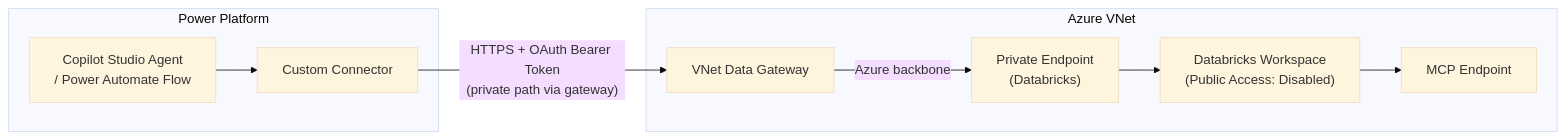
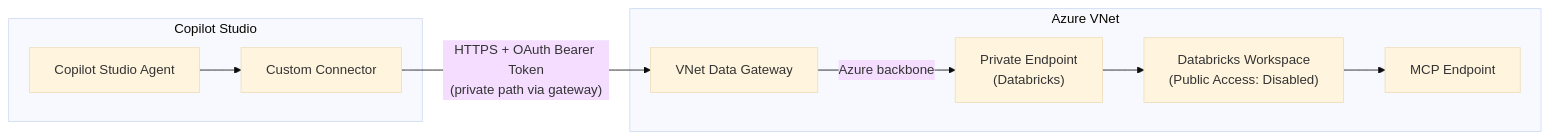
The diagram in docs/20-patterns/connectivity/pattern-private-end-to-end.md (briangre/CopilotStudioVirtualNetworking), drawn with Mermaid (base theme) before and after one commit. The commit also changed other lines of this file and 15 other files, not shown here.

First line of the commit message:
Remove Power Automate/Power Apps references, replace with Copilot Studio agents throughout documentation

````diff
--- a/docs/20-patterns/connectivity/pattern-private-end-to-end.md
+++ b/docs/20-patterns/connectivity/pattern-private-end-to-end.md
@@ -9,18 +9,18 @@
 ```mermaid
 flowchart LR
-    subgraph PowerPlatform["Power Platform"]
-        agent["Copilot Studio Agent\n/ Power Automate Flow"]
+    subgraph PowerPlatform["Copilot Studio"]
+        agent["Copilot Studio Agent"]
         connector["Custom Connector"]
     end
     subgraph Azure["Azure VNet"]
         gateway["VNet Data Gateway"]
         pe["Private Endpoint\n(Databricks)"]
         dbx["Databricks Workspace\n(Public Access: Disabled)"]
         mcp["MCP Endpoint"]
     end
     agent --> connector
     connector -- "HTTPS + OAuth Bearer Token\n(private path via gateway)" --> gateway
     gateway -- "Azure backbone" --> pe
     pe --> dbx
     dbx --> mcp
 ```
````
